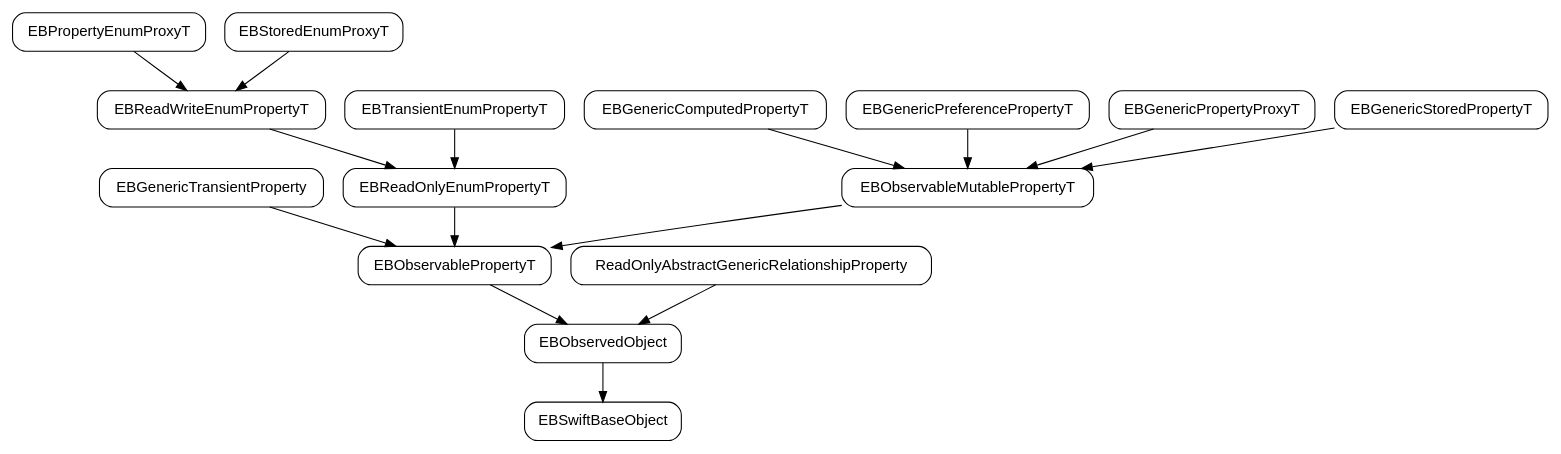
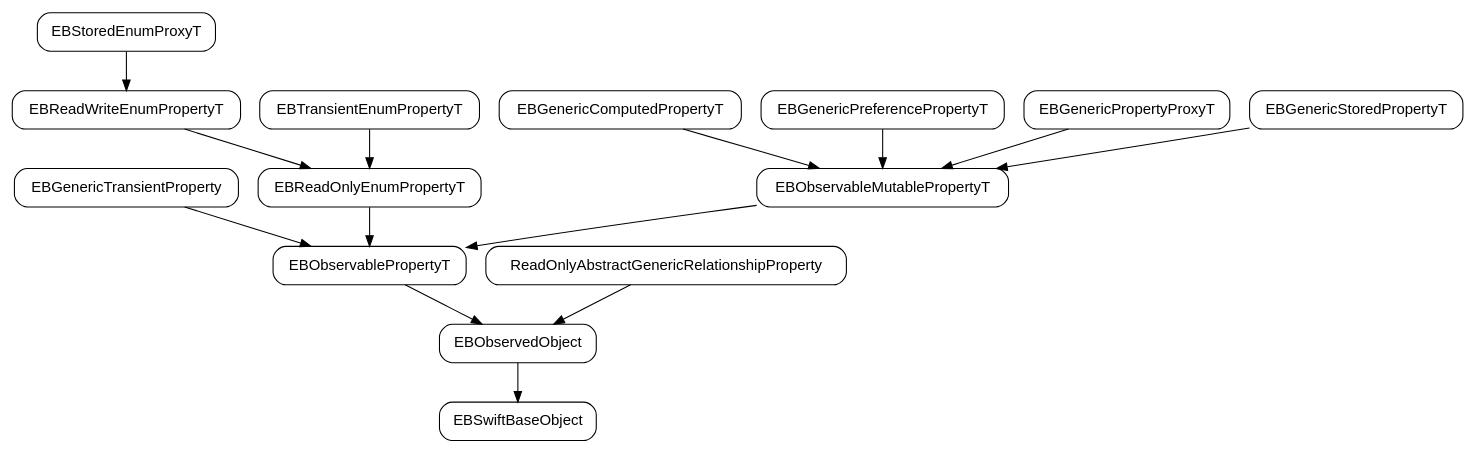
One commit to pierremolinaro/ElCanari-dev changed the diagram in models/observable-property-graph.dot. Above: the diagram before and after it, drawn with Graphviz. The commit also changed 201 other files, not shown here.

```diff
--- a/models/observable-property-graph.dot
+++ b/models/observable-property-graph.dot
@@ -1,18 +1,17 @@
 digraph G {
   node [shape=record fontname=helvetica style=rounded] ;
 
   EBObservedObject -> EBSwiftBaseObject ;
   EBObservablePropertyT -> EBObservedObject ;
   ReadOnlyAbstractGenericRelationshipProperty -> EBObservedObject ;
   EBGenericTransientProperty -> EBObservablePropertyT ;
   EBReadOnlyEnumPropertyT -> EBObservablePropertyT ;
   EBObservableMutablePropertyT -> EBObservablePropertyT ;
   EBGenericComputedPropertyT -> EBObservableMutablePropertyT ;
   EBGenericPreferencePropertyT -> EBObservableMutablePropertyT ;
   EBGenericPropertyProxyT -> EBObservableMutablePropertyT ;
   EBGenericStoredPropertyT -> EBObservableMutablePropertyT ;
   EBReadWriteEnumPropertyT -> EBReadOnlyEnumPropertyT ;
   EBTransientEnumPropertyT -> EBReadOnlyEnumPropertyT ;
-  EBPropertyEnumProxyT -> EBReadWriteEnumPropertyT ;
   EBStoredEnumProxyT -> EBReadWriteEnumPropertyT ;
  }
```
